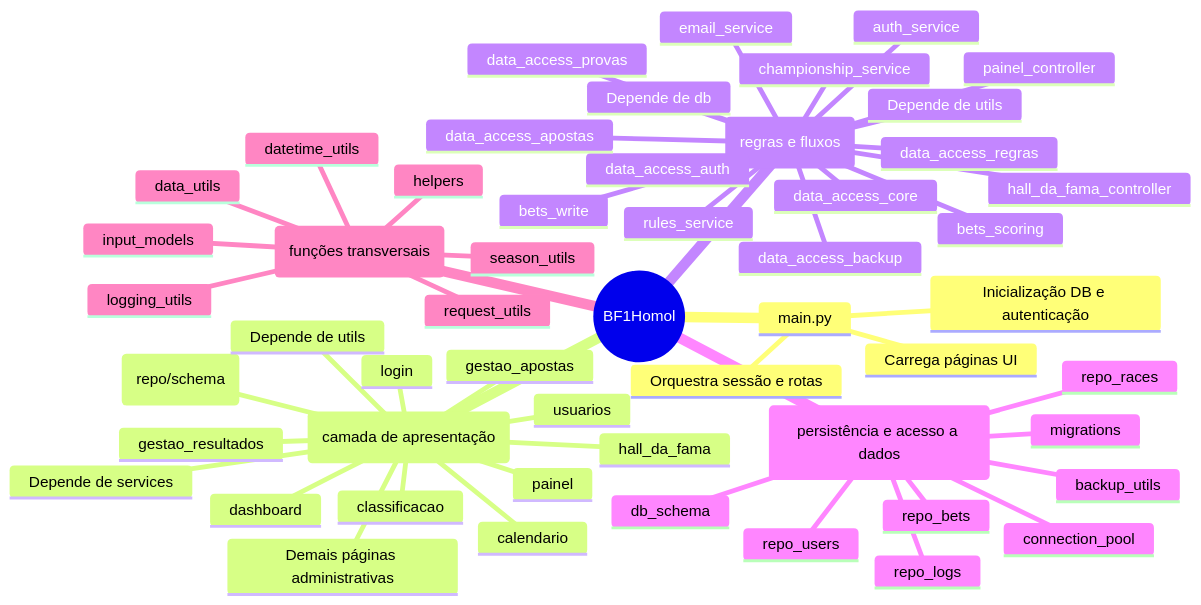
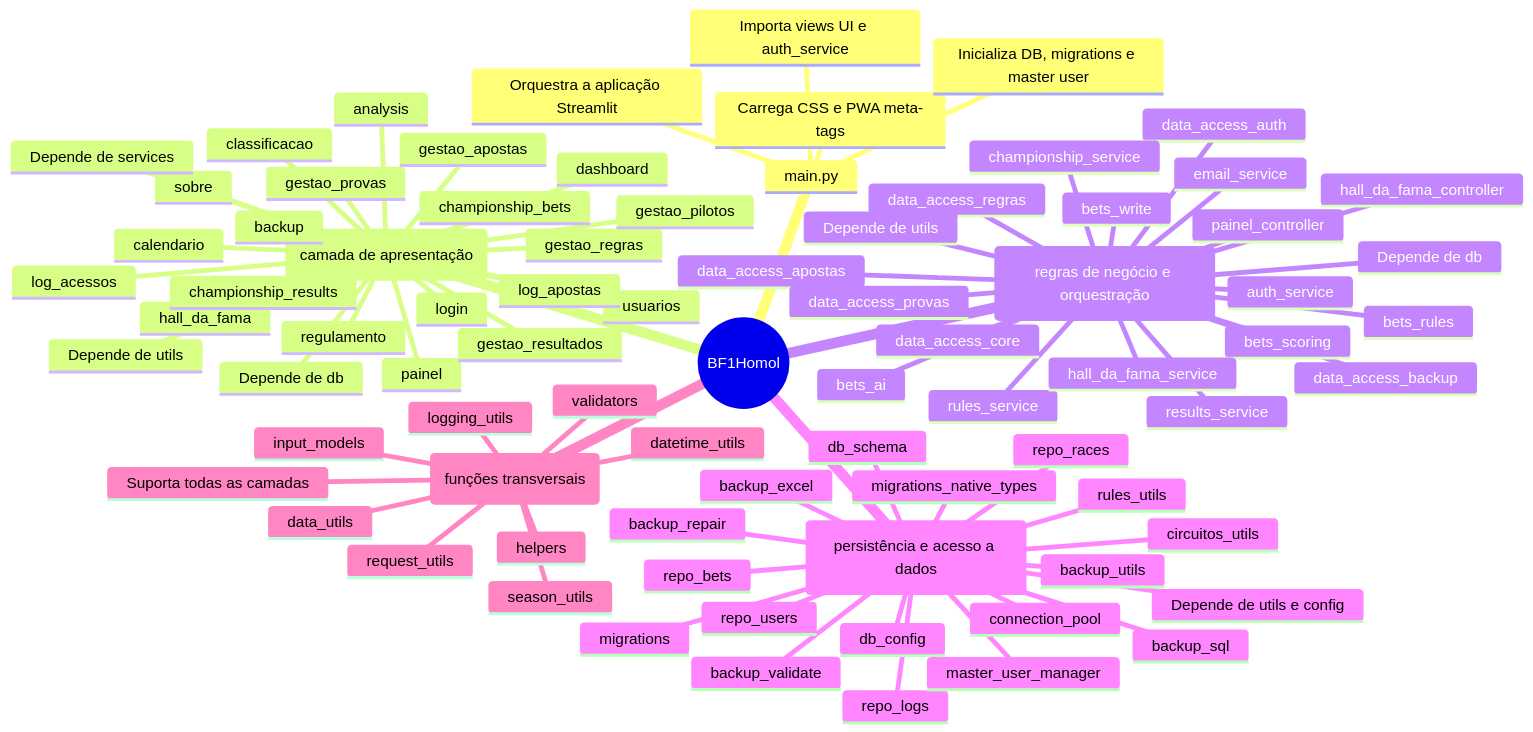
One commit to sansquer77/BF1Homol changed the first of 2 diagrams in docs/MAPA_MENTAL_MODULOS.md. Above: the diagram before and after it, drawn with Mermaid. The commit also changed other lines of this file, not shown here.

````diff
--- a/docs/MAPA_MENTAL_MODULOS.md
+++ b/docs/MAPA_MENTAL_MODULOS.md
@@ -8,9 +8,10 @@
 mindmap
   root((BF1Homol))
     main.py
-      Orquestra sessão e rotas
-      Carrega páginas UI
-      Inicialização DB e autenticação
+      Orquestra a aplicação Streamlit
+      Carrega CSS e PWA meta-tags
+      Inicializa DB, migrations e master user
+      Importa views UI e auth_service
     ui (camada de apresentação)
       login
       painel
@@ -21,11 +22,21 @@
       gestao_resultados
       usuarios
       hall_da_fama
-      Demais páginas administrativas
+      log_apostas
+      log_acessos
+      championship_bets
+      championship_results
+      gestao_provas
+      gestao_regras
+      gestao_pilotos
+      backup
+      regulamento
+      sobre
+      analysis
       Depende de services
-      Depende de db (repo/schema)
+      Depende de db
       Depende de utils
-    services (regras e fluxos)
+    services (regras de negócio e orquestração)
       auth_service
       data_access_core
       data_access_auth
@@ -33,10 +44,14 @@
       data_access_provas
       data_access_regras
       data_access_backup
+      bets_ai
+      bets_rules
+      bets_scoring
       bets_write
-      bets_scoring
       championship_service
+      results_service
       rules_service
+      hall_da_fama_service
       email_service
       painel_controller
       hall_da_fama_controller
@@ -49,14 +64,26 @@
       repo_bets
       repo_logs
       migrations
+      migrations_native_types
+      db_config
+      connection_pool
+      master_user_manager
+      backup_excel
+      backup_repair
+      backup_sql
       backup_utils
-      connection_pool
+      backup_validate
+      circuitos_utils
+      rules_utils
+      Depende de utils e config
     utils (funções transversais)
       helpers
       datetime_utils
+      data_utils
       input_models
       logging_utils
       request_utils
       season_utils
-      data_utils
+      validators
+      Suporta todas as camadas
 ```
````
